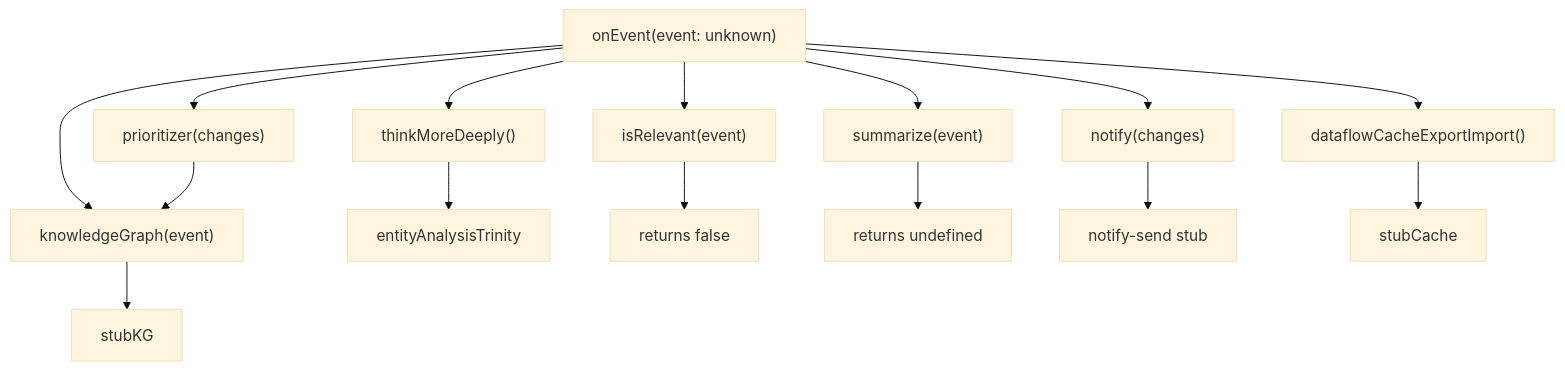
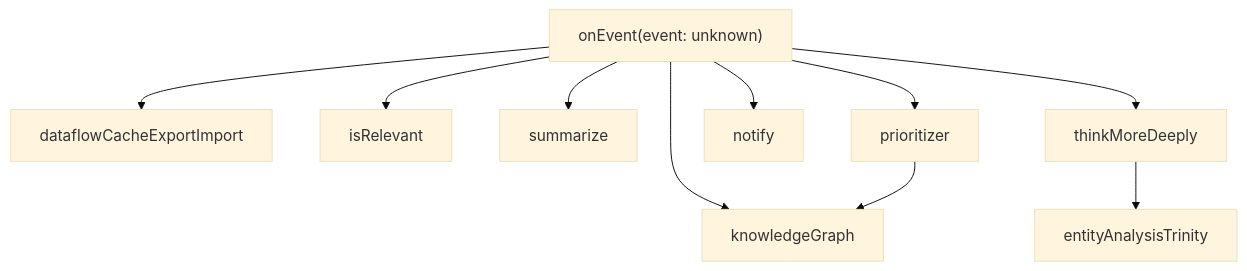
The sixth of 10 diagrams in ARCHITECTURE_REPORT.md (publicdomainrelay/open-architecture), drawn with Mermaid (base theme) before and after one commit. The commit also changed other lines of this file and 2 other files, not shown here.

````diff
--- a/ARCHITECTURE_REPORT.md
+++ b/ARCHITECTURE_REPORT.md
@@ -386,18 +310,13 @@
 ```mermaid
 graph TD
   onEvent["onEvent(event: unknown)"]
-  onEvent --> kg["knowledgeGraph(event)"]
-  onEvent --> cache["dataflowCacheExportImport()"]
-  onEvent --> rel["isRelevant(event)"]
-  onEvent --> sum["summarize(event)"]
-  onEvent --> pri["prioritizer(changes)"]
-  onEvent --> notif["notify(changes)"]
-  onEvent --> think["thinkMoreDeeply()"]
+  onEvent --> kg[knowledgeGraph]
+  onEvent --> dcei[dataflowCacheExportImport]
+  onEvent --> ir[isRelevant]
+  onEvent --> sum[summarize]
+  onEvent --> pri[prioritizer]
+  onEvent --> notif[notify]
+  onEvent --> tmd[thinkMoreDeeply]
   pri --> kg
-  think --> entity["entityAnalysisTrinity"]
-  rel --> stubRel["returns false"]
-  sum --> stubSum["returns undefined"]
-  notif --> stubNotif["notify-send stub"]
-  cache --> stubCache
-  kg --> stubKG
+  tmd --> entityAnalysisTrinity
 ```
````
